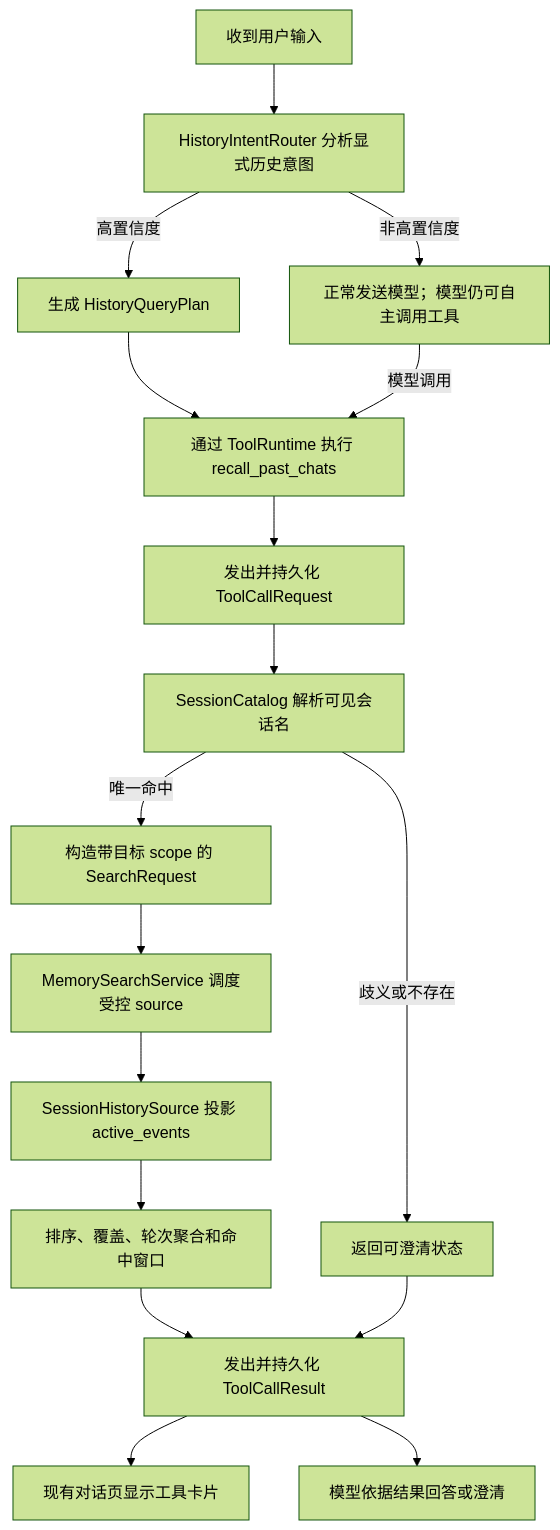
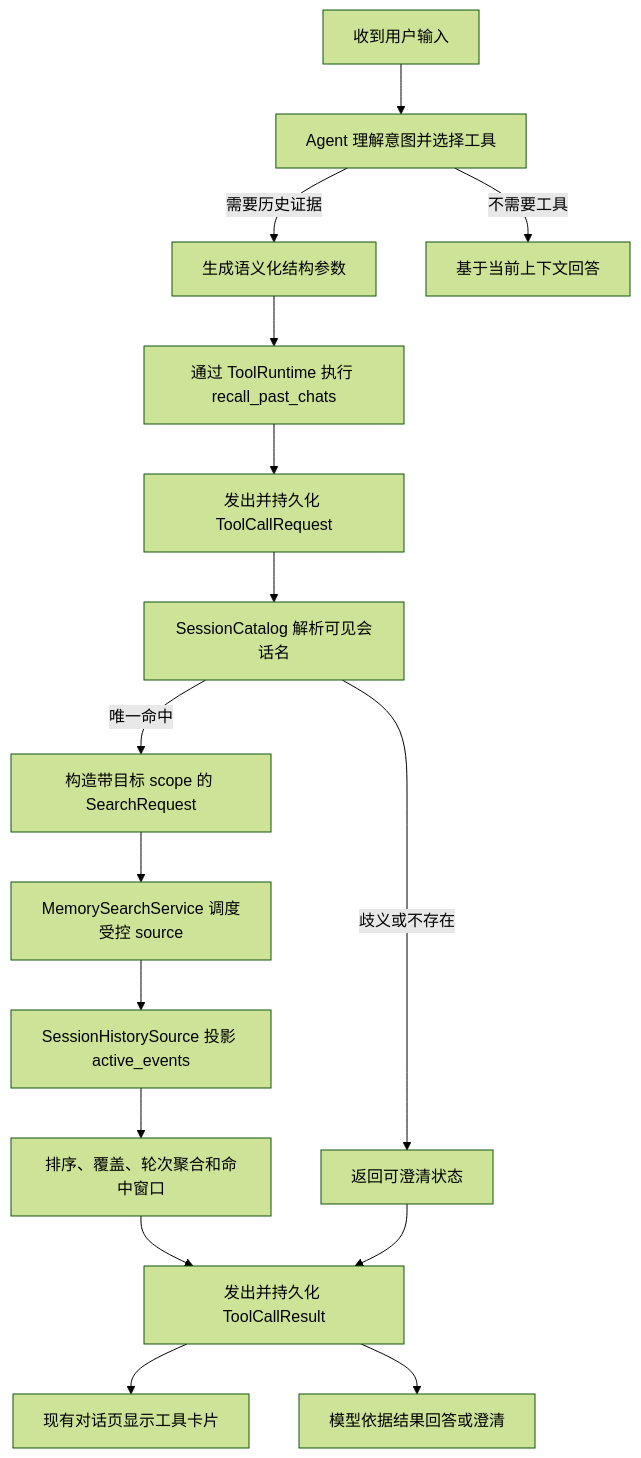
One commit to A1m233/agent-friend changed the diagram in docs/requirements/069-session-aware-conversation-history-retrieval/design.md. Above: the diagram before and after it, drawn with Mermaid (forest theme). The commit also changed other lines of this file and 14 other files, not shown here.

````diff
--- a/docs/requirements/069-session-aware-conversation-history-retrieval/design.md
+++ b/docs/requirements/069-session-aware-conversation-history-retrieval/design.md
@@ -71,19 +71,18 @@
 ```mermaid
 flowchart TD
-    A["收到用户输入"] --> B["HistoryIntentRouter 分析显式历史意图"]
-    B -->|"高置信度"| C["生成 HistoryQueryPlan"]
-    B -->|"非高置信度"| D["正常发送模型；模型仍可自主调用工具"]
+    A["收到用户输入"] --> B["Agent 理解意图并选择工具"]
+    B -->|"需要历史证据"| C["生成语义化结构参数"]
+    B -->|"不需要工具"| D["基于当前上下文回答"]
     C --> E["通过 ToolRuntime 执行 recall_past_chats"]
-    D -->|"模型调用"| E
     E --> F["发出并持久化 ToolCallRequest"]
     F --> G["SessionCatalog 解析可见会话名"]
     G -->|"唯一命中"| H["构造带目标 scope 的 SearchRequest"]
     G -->|"歧义或不存在"| I["返回可澄清状态"]
     H --> J["MemorySearchService 调度受控 source"]
     J --> K["SessionHistorySource 投影 active_events"]
     K --> L["排序、覆盖、轮次聚合和命中窗口"]
     L --> M["发出并持久化 ToolCallResult"]
     I --> M
     M --> N["现有对话页显示工具卡片"]
     M --> O["模型依据结果回答或澄清"]
 ```
````
